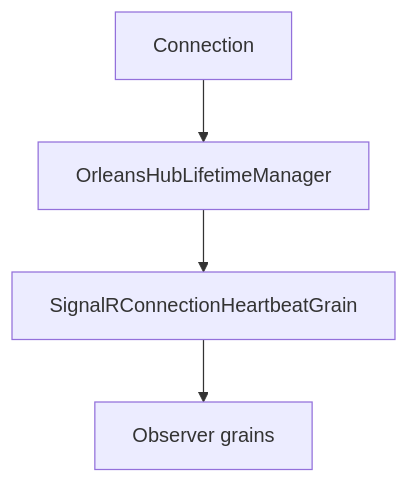
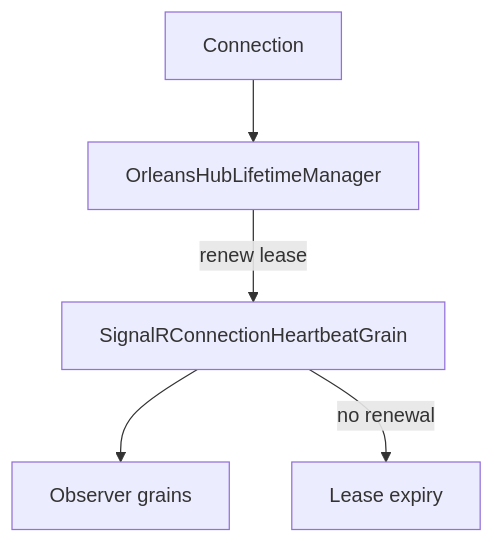
Before and after one commit to managedcode/Orleans.SignalR: the diagram in docs/Features/Connection-Heartbeat.md, drawn with Mermaid. The commit also changed other lines of this file and 43 other files, not shown here.

````diff
--- a/docs/Features/Connection-Heartbeat.md
+++ b/docs/Features/Connection-Heartbeat.md
@@ -19,9 +27,13 @@
 ```mermaid
 flowchart TD
   Conn["Connection"]
   Manager["OrleansHubLifetimeManager"]
   HB["SignalRConnectionHeartbeatGrain"]
   Target["Observer grains"]
+  Expire["Lease expiry"]
 
-  Conn --> Manager --> HB --> Target
+  Conn --> Manager
+  Manager -->|"renew lease"| HB
+  HB --> Target
+  HB -->|"no renewal"| Expire
 ```
````
